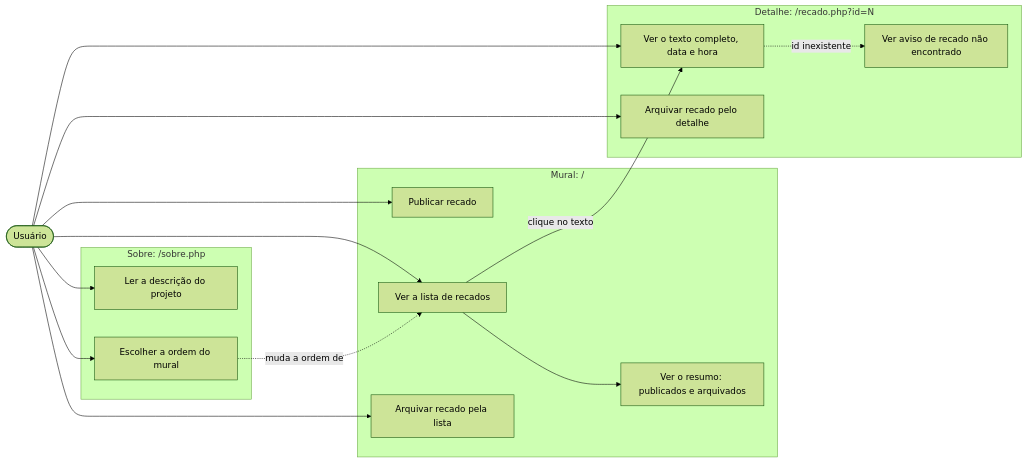
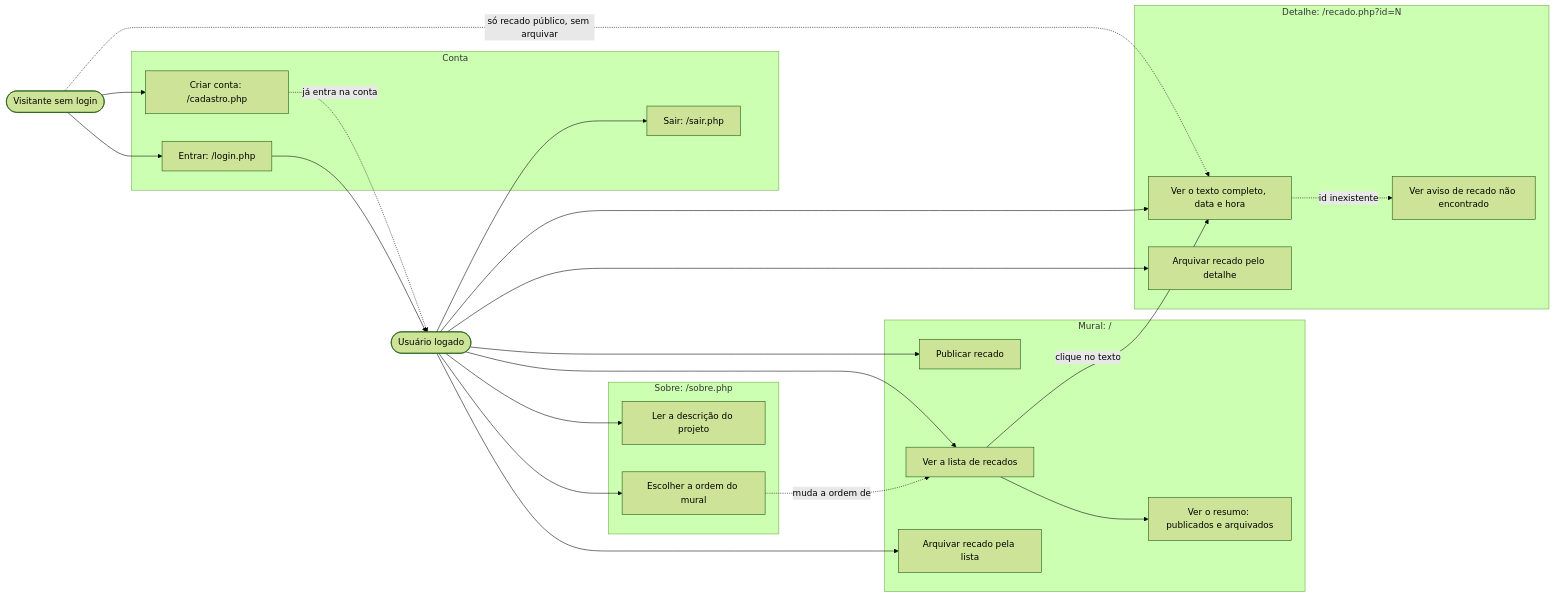
One commit to jacksongomesbr/uft-cc-dwm-mini-mural-php changed the first of 10 diagrams in docs/funcionamento.md. Above: the diagram before and after it, drawn with Mermaid (forest theme). The commit also changed other lines of this file and 6 other files, not shown here.

````diff
--- a/docs/funcionamento.md
+++ b/docs/funcionamento.md
@@ -31,34 +33,47 @@
 ```mermaid
 flowchart LR
-    U(["Usuário"])
+    V(["Visitante sem login"])
+    U(["Usuário logado"])
+
+    subgraph conta ["Conta"]
+        C1["Criar conta: /cadastro.php"]
+        C2["Entrar: /login.php"]
+        C3["Sair: /sair.php"]
+    end
 
     subgraph mural ["Mural: /"]
         F1["Publicar recado"]
         F2["Ver a lista de recados"]
         F3["Ver o resumo: publicados e arquivados"]
         F4["Arquivar recado pela lista"]
     end
 
     subgraph detalhe ["Detalhe: /recado.php?id=N"]
         F5["Ver o texto completo, data e hora"]
         F6["Arquivar recado pelo detalhe"]
         F7["Ver aviso de recado não encontrado"]
     end
 
     subgraph sobre ["Sobre: /sobre.php"]
         F8["Ler a descrição do projeto"]
         F9["Escolher a ordem do mural"]
     end
 
+    V --> C1
+    V --> C2
+    V -. "só recado público, sem arquivar" .-> F5
+    C1 -. "já entra na conta" .-> U
+    C2 --> U
+    U --> C3
     U --> F1
     U --> F2
     U --> F4
     U --> F5
     U --> F6
     U --> F9
     F2 --> F3
     F2 -- "clique no texto" --> F5
     F5 -. "id inexistente" .-> F7
     F9 -. "muda a ordem de" .-> F2
     U --> F8
 ```
````
